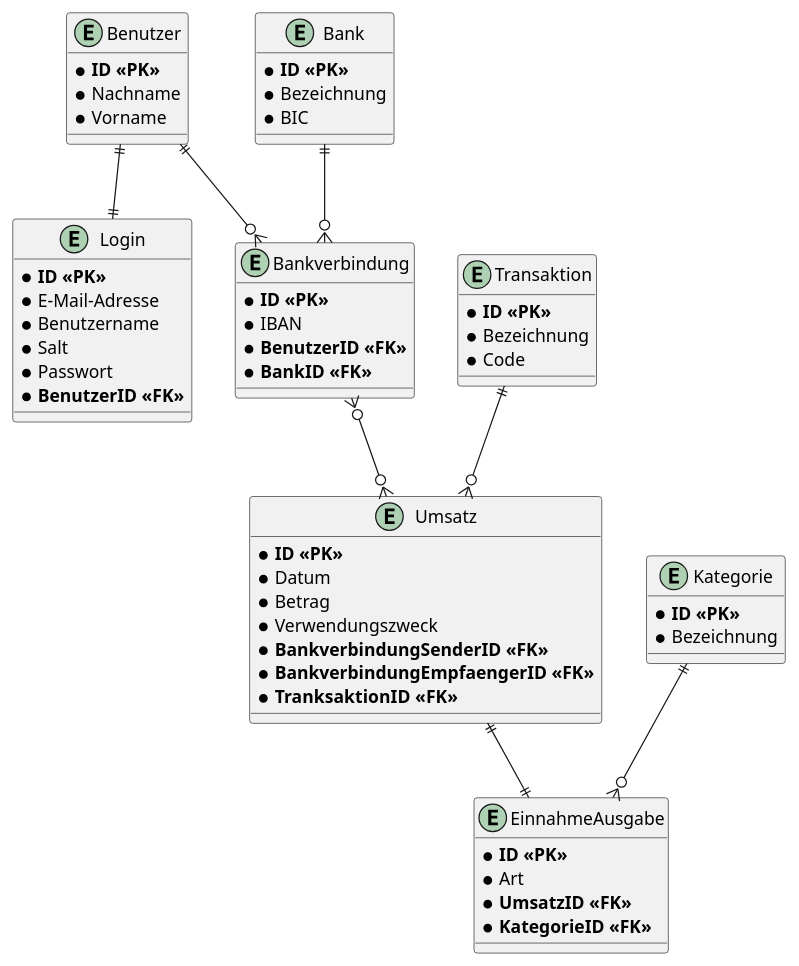
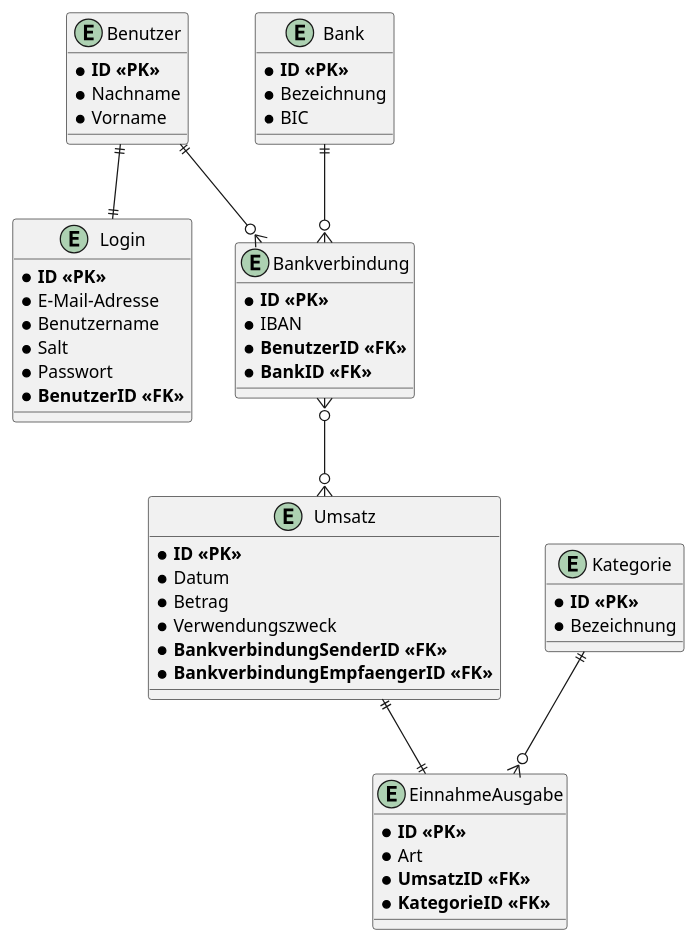
One commit to justinhada/StatementOfQosts changed the diagram in designs/NewERM.puml. Above: the diagram before and after it, drawn with PlantUML. The commit also changed 13 other files, not shown here.

```diff
--- a/designs/NewERM.puml
+++ b/designs/NewERM.puml
@@ -1,73 +1,64 @@
 @startuml
 entity Benutzer
 {
     * **ID <<PK>>**
     * Nachname
     * Vorname
 }
 
 entity Login
 {
     * **ID <<PK>>**
     * E-Mail-Adresse
     * Benutzername
     * Salt
     * Passwort
     * **BenutzerID <<FK>>**
 }
 
 entity Bank
 {
     * **ID <<PK>>**
     * Bezeichnung
     * BIC
 }
 
 entity Bankverbindung
 {
     * **ID <<PK>>**
     * IBAN
     * **BenutzerID <<FK>>**
     * **BankID <<FK>>**
 }
 
 entity Umsatz
 {
     * **ID <<PK>>**
     * Datum
     * Betrag
     * Verwendungszweck
     * **BankverbindungSenderID <<FK>>**
     * **BankverbindungEmpfaengerID <<FK>>**
-    * **TranksaktionID <<FK>>**
-}
-
-entity Transaktion
-{
-    * **ID <<PK>>**
-    * Bezeichnung
-    * Code
 }
 
 entity EinnahmeAusgabe
 {
     * **ID <<PK>>**
     * Art
     * **UmsatzID <<FK>>**
     * **KategorieID <<FK>>**
 }
 
 entity Kategorie
 {
     * **ID <<PK>>**
     * Bezeichnung
 }
 
 Benutzer ||--|| Login
 Benutzer ||--o{ Bankverbindung
 Bank ||--o{ Bankverbindung
 Bankverbindung }o--o{ Umsatz
-Transaktion ||--o{ Umsatz
 Kategorie ||--o{ EinnahmeAusgabe
 Umsatz ||--|| EinnahmeAusgabe
 @enduml
```
